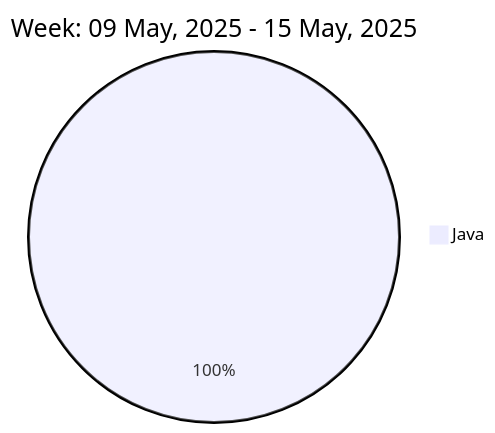
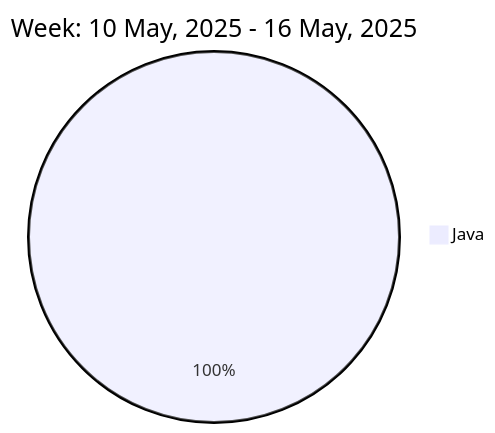
Before and after one commit to liubin95/liubin95: the diagram in README.md, drawn with Mermaid.

Commit message:
Updated the Graph with new Metrics

````diff
--- a/README.md
+++ b/README.md
@@ -37,5 +37,5 @@
 ```mermaid
  pie
-title Week: 09 May, 2025 - 15 May, 2025
+title Week: 10 May, 2025 - 16 May, 2025
  "Java" : 2.25
 ```
````
